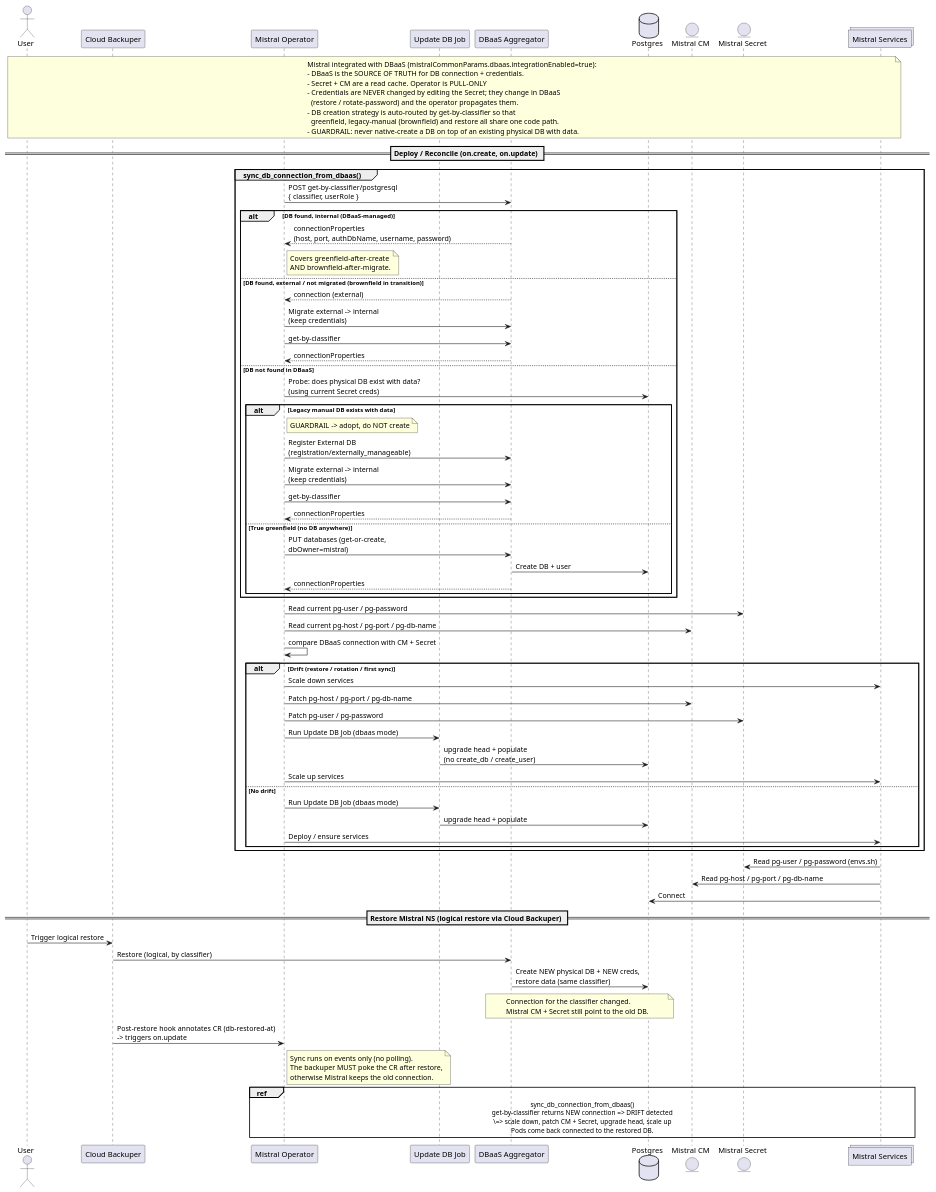
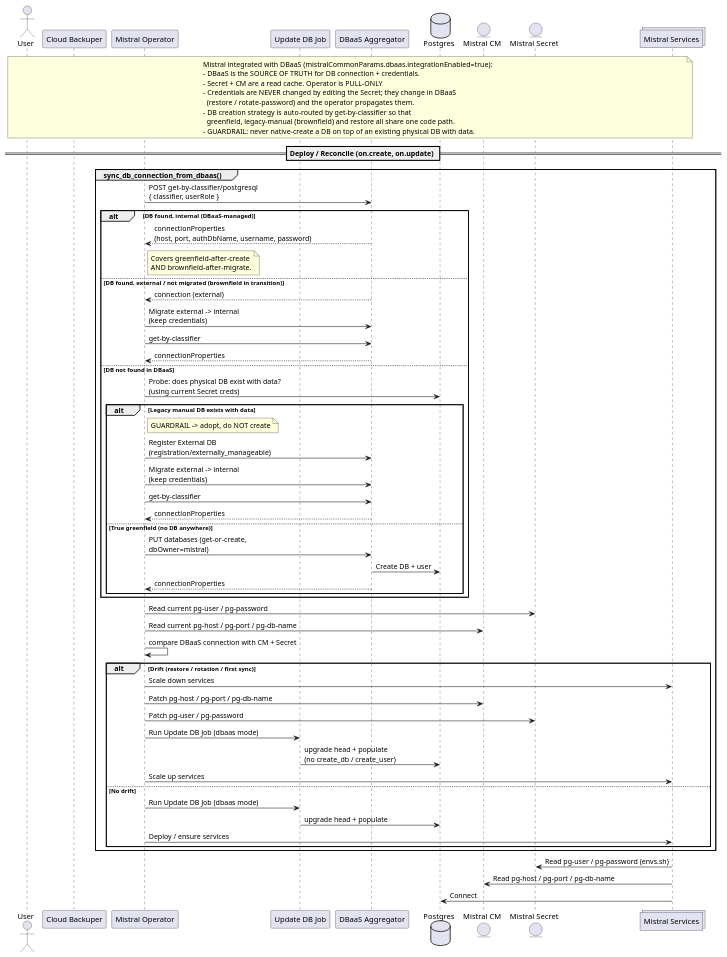
Before and after one commit to Netcracker/qubership-mistral: the diagram in custom_doc/internal/design/mistral_integration_with_dbaas.puml, drawn with PlantUML. The commit also changed 11 other files, not shown here.

```diff
--- a/custom_doc/internal/design/mistral_integration_with_dbaas.puml
+++ b/custom_doc/internal/design/mistral_integration_with_dbaas.puml
@@ -1,107 +1,83 @@
 @startuml Mistral + DBaaS: provisioning, restore, credential ownership
 
 actor "User" as user
 participant "Cloud Backuper" as CB
 participant "Mistral Operator" as MO
 participant "Update DB Job" as MUJ
 participant "DBaaS Aggregator" as DBaaS
 database "Postgres" as P
 
 entity "Mistral CM" as MCM
 entity "Mistral Secret" as MS
 collections "Mistral Services" as MSVC
 
 note across
   Mistral integrated with DBaaS (mistralCommonParams.dbaas.integrationEnabled=true):
   - DBaaS is the SOURCE OF TRUTH for DB connection + credentials.
   - Secret + CM are a read cache. Operator is PULL-ONLY
   - Credentials are NEVER changed by editing the Secret; they change in DBaaS
     (restore / rotate-password) and the operator propagates them.
   - DB creation strategy is auto-routed by get-by-classifier so that
     greenfield, legacy-manual (brownfield) and restore all share one code path.
   - GUARDRAIL: never native-create a DB on top of an existing physical DB with data.
 end note
 
 == Deploy / Reconcile (on.create, on.update) ==
 
 group sync_db_connection_from_dbaas()
 
     MO -> DBaaS: POST get-by-classifier/postgresql\n{ classifier, userRole }
 
     alt DB found, internal (DBaaS-managed)
         DBaaS --> MO: connectionProperties\n(host, port, authDbName, username, password)
         note right of MO
           Covers greenfield-after-create
           AND brownfield-after-migrate.
         end note
 
     else DB found, external / not migrated (brownfield in transition)
         DBaaS --> MO: connection (external)
         MO -> DBaaS: Migrate external -> internal\n(keep credentials)
         MO -> DBaaS: get-by-classifier
         DBaaS --> MO: connectionProperties
 
     else DB not found in DBaaS
         MO -> P: Probe: does physical DB exist with data?\n(using current Secret creds)
         alt Legacy manual DB exists with data
             note right of MO: GUARDRAIL -> adopt, do NOT create
             MO -> DBaaS: Register External DB\n(registration/externally_manageable)
             MO -> DBaaS: Migrate external -> internal\n(keep credentials)
             MO -> DBaaS: get-by-classifier
             DBaaS --> MO: connectionProperties
         else True greenfield (no DB anywhere)
             MO -> DBaaS: PUT databases (get-or-create,\ndbOwner=mistral)
             DBaaS -> P: Create DB + user
             DBaaS --> MO: connectionProperties
         end
     end
 
     MO -> MS: Read current pg-user / pg-password
     MO -> MCM: Read current pg-host / pg-port / pg-db-name
     MO -> MO: compare DBaaS connection with CM + Secret
 
     alt Drift (restore / rotation / first sync)
         MO -> MSVC: Scale down services
         MO -> MCM: Patch pg-host / pg-port / pg-db-name
         MO -> MS: Patch pg-user / pg-password
         MO -> MUJ: Run Update DB Job (dbaas mode)
         MUJ -> P: upgrade head + populate\n(no create_db / create_user)
         MO -> MSVC: Scale up services
     else No drift
         MO -> MUJ: Run Update DB Job (dbaas mode)
         MUJ -> P: upgrade head + populate
         MO -> MSVC: Deploy / ensure services
     end
 end
 
 MSVC -> MS: Read pg-user / pg-password (envs.sh)
 MSVC -> MCM: Read pg-host / pg-port / pg-db-name
 MSVC -> P: Connect
 
 
-== Restore Mistral NS (logical restore via Cloud Backuper) ==
-
-user -> CB: Trigger logical restore
-CB -> DBaaS: Restore (logical, by classifier)
-DBaaS -> P: Create NEW physical DB + NEW creds,\nrestore data (same classifier)
-note over DBaaS, P
-  Connection for the classifier changed.
-  Mistral CM + Secret still point to the old DB.
-end note
-
-CB -> MO: Post-restore hook annotates CR (db-restored-at)\n-> triggers on.update
-note right of MO
-  Sync runs on events only (no polling).
-  The backuper MUST poke the CR after restore,
-  otherwise Mistral keeps the old connection.
-end note
-
-ref over MO, DBaaS, P, MCM, MS, MSVC
-  sync_db_connection_from_dbaas()
-  get-by-classifier returns NEW connection => DRIFT detected
-  \=> scale down, patch CM + Secret, upgrade head, scale up
-  Pods come back connected to the restored DB.
-end ref
-
 
 @enduml
```
